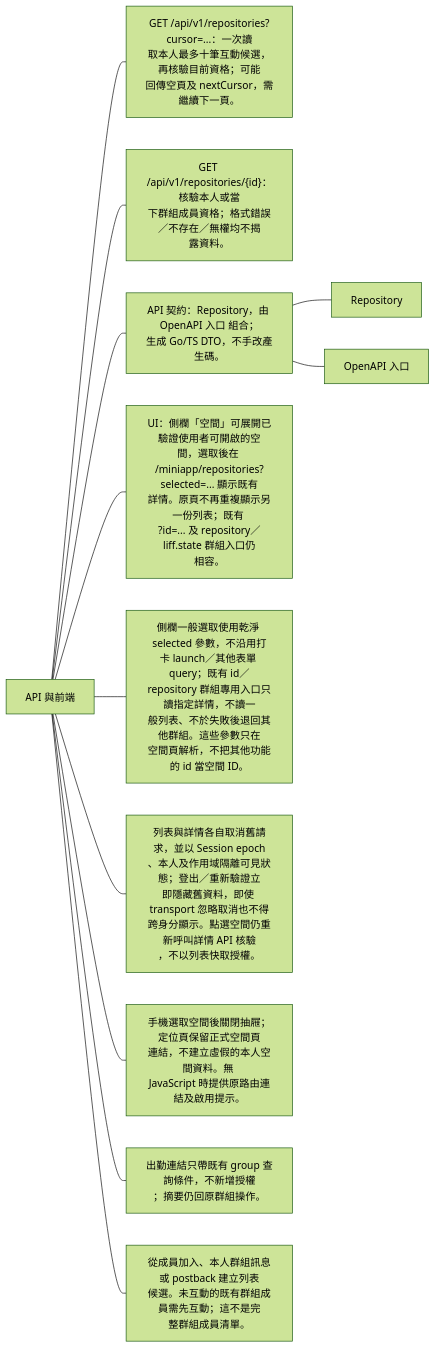
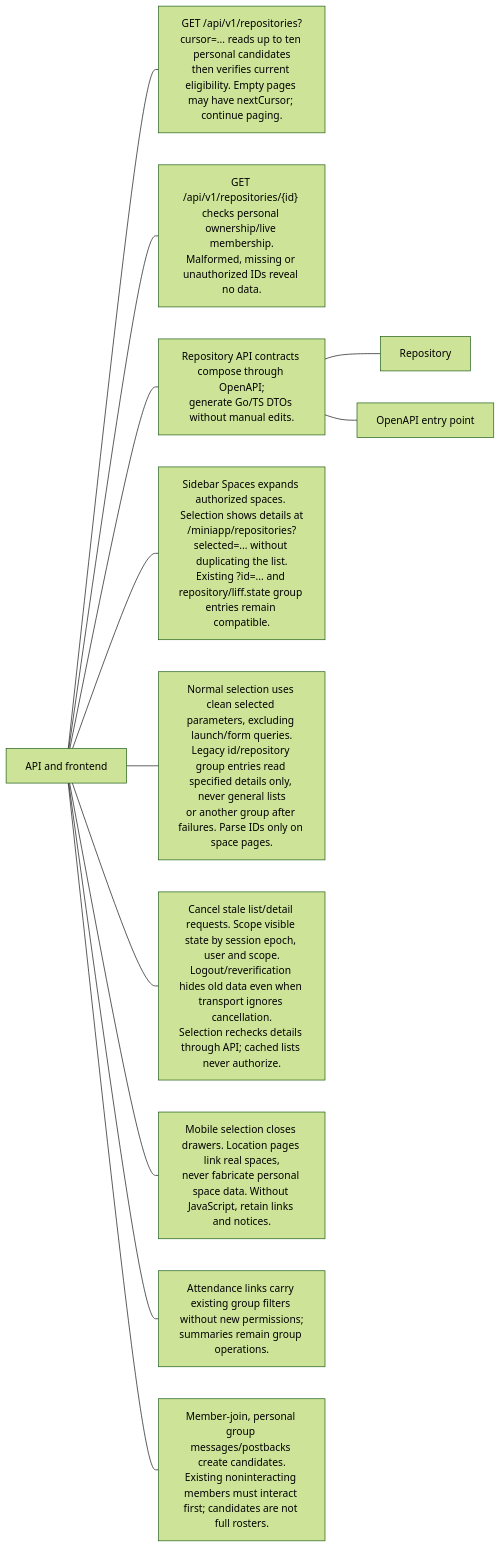
One commit to 963sup/line-mini-app-bot changed the fifth of 12 diagrams in docs/domains/repository/README.md. Above: the diagram before and after it, drawn with Mermaid (forest theme). The commit also changed other lines of this file and 341 other files, not shown here.

````diff
--- a/docs/domains/repository/README.md
+++ b/docs/domains/repository/README.md
@@ -98,17 +104,17 @@
 ```mermaid
 flowchart LR
-  h["API 與前端"]
-  h --- n0["GET /api/v1/repositories?cursor=...：一次讀<br/>取本人最多十筆互動候選，再核驗目前資格；可能<br/>回傳空頁及 nextCursor，需繼續下一頁。"]
-  h --- n1["GET /api/v1/repositories/{id}：核驗本人或當<br/>下群組成員資格；格式錯誤／不存在／無權均不揭<br/>露資料。"]
-  h --- n2["API 契約：Repository，由 OpenAPI 入口 組合；<br/>生成 Go/TS DTO，不手改產生碼。"]
+  h["API and frontend"]
+  h --- n0["GET /api/v1/repositories?cursor=... reads up to ten personal candidates<br/>then verifies current eligibility. Empty pages may have nextCursor; continue paging."]
+  h --- n1["GET /api/v1/repositories/{id} checks personal ownership/live membership.<br/>Malformed, missing or unauthorized IDs reveal no data."]
+  h --- n2["Repository API contracts compose through OpenAPI;<br/>generate Go/TS DTOs without manual edits."]
   n2 --- n2l0["Repository"]
   click n2l0 "../../../api/contract/repository/repositories.yaml"
-  n2 --- n2l1["OpenAPI 入口"]
+  n2 --- n2l1["OpenAPI entry point"]
   click n2l1 "../../../api/contract/openapi.yaml"
-  h --- n3["UI：側欄「空間」可展開已驗證使用者可開啟的空<br/>間，選取後在 <br/>/miniapp/repositories?selected=... 顯示既有<br/>詳情。原頁不再重複顯示另一份列表；既有 <br/>?id=... 及 repository／liff.state 群組入口仍<br/>相容。"]
-  h --- n4["側欄一般選取使用乾淨 selected 參數，不沿用打<br/>卡 launch／其他表單 query；既有 id／<br/>repository 群組專用入口只讀指定詳情，不讀一<br/>般列表、不於失敗後退回其他群組。這些參數只在<br/>空間頁解析，不把其他功能的 id 當空間 ID。"]
-  h --- n5["列表與詳情各自取消舊請求，並以 Session epoch<br/>、本人及作用域隔離可見狀態；登出／重新驗證立<br/>即隱藏舊資料，即使 transport 忽略取消也不得<br/>跨身分顯示。點選空間仍重新呼叫詳情 API 核驗<br/>，不以列表快取授權。"]
-  h --- n6["手機選取空間後關閉抽屜；定位頁保留正式空間頁<br/>連結，不建立虛假的本人空間資料。無 <br/>JavaScript 時提供原路由連結及啟用提示。"]
-  h --- n7["出勤連結只帶既有 group 查詢條件，不新增授權<br/>；摘要仍回原群組操作。"]
-  h --- n8["從成員加入、本人群組訊息或 postback 建立列表<br/>候選。未互動的既有群組成員需先互動；這不是完<br/>整群組成員清單。"]
+  h --- n3["Sidebar Spaces expands authorized spaces. Selection shows details at<br/>/miniapp/repositories?selected=... without duplicating the list.<br/>Existing ?id=... and repository/liff.state group entries remain compatible."]
+  h --- n4["Normal selection uses clean selected parameters, excluding launch/form queries.<br/>Legacy id/repository group entries read specified details only, never general lists<br/>or another group after failures. Parse IDs only on space pages."]
+  h --- n5["Cancel stale list/detail requests. Scope visible state by session epoch, user and scope.<br/>Logout/reverification hides old data even when transport ignores cancellation.<br/>Selection rechecks details through API; cached lists never authorize."]
+  h --- n6["Mobile selection closes drawers. Location pages link real spaces,<br/>never fabricate personal space data. Without JavaScript, retain links and notices."]
+  h --- n7["Attendance links carry existing group filters without new permissions;<br/>summaries remain group operations."]
+  h --- n8["Member-join, personal group messages/postbacks create candidates.<br/>Existing noninteracting members must interact first; candidates are not full rosters."]
 ```
````
